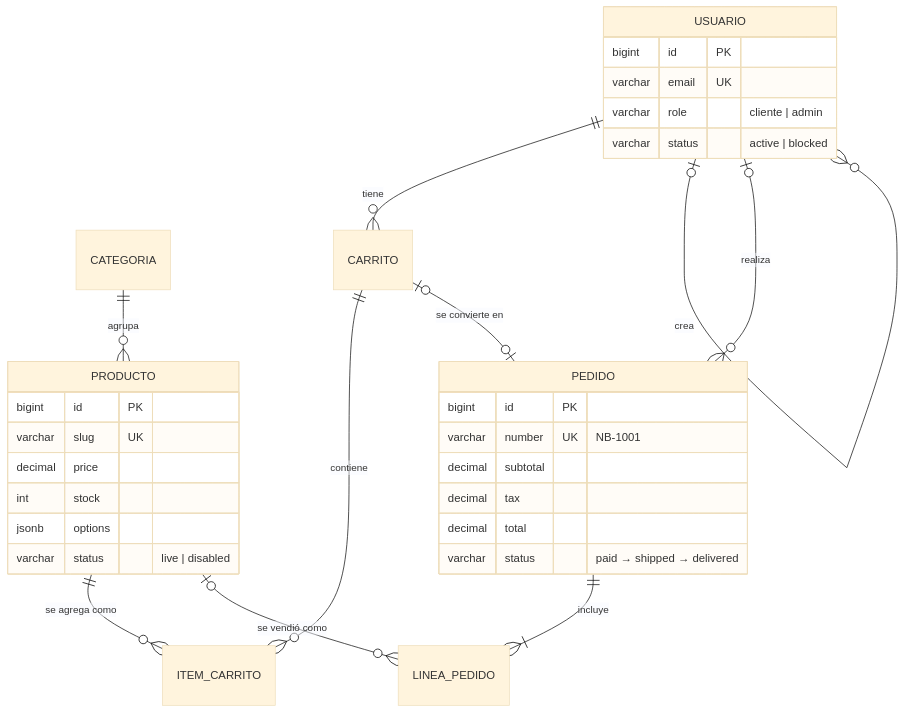
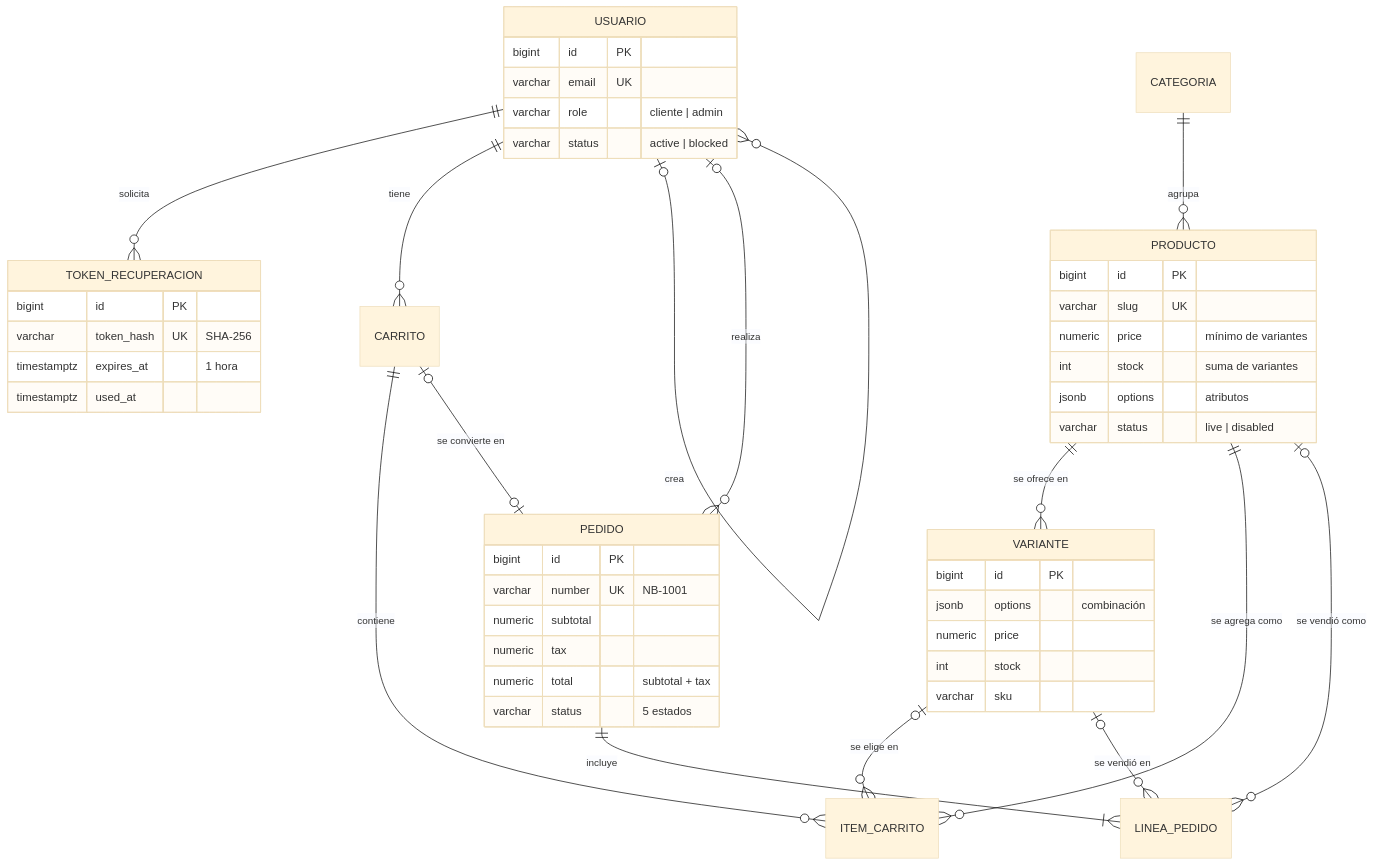
The fifth of 6 diagrams in README.md (Tomaxus/NebuBack), drawn with Mermaid (base theme) before and after one commit. The commit also changed other lines of this file, not shown here.

````diff
--- a/README.md
+++ b/README.md
@@ -282,35 +434,52 @@
 ```mermaid
 erDiagram
     CATEGORIA ||--o{ PRODUCTO : agrupa
+    PRODUCTO ||--o{ VARIANTE : "se ofrece en"
+    USUARIO ||--o{ TOKEN_RECUPERACION : solicita
     USUARIO ||--o{ CARRITO : tiene
     USUARIO |o--o{ USUARIO : crea
     CARRITO ||--o{ ITEM_CARRITO : contiene
     PRODUCTO ||--o{ ITEM_CARRITO : "se agrega como"
+    VARIANTE |o--o{ ITEM_CARRITO : "se elige en"
     CARRITO |o--o| PEDIDO : "se convierte en"
     USUARIO |o--o{ PEDIDO : realiza
     PEDIDO ||--|{ LINEA_PEDIDO : incluye
     PRODUCTO |o--o{ LINEA_PEDIDO : "se vendió como"
+    VARIANTE |o--o{ LINEA_PEDIDO : "se vendió en"
 
     USUARIO {
         bigint id PK
         varchar email UK
         varchar role "cliente | admin"
         varchar status "active | blocked"
     }
+    TOKEN_RECUPERACION {
+        bigint id PK
+        varchar token_hash UK "SHA-256"
+        timestamptz expires_at "1 hora"
+        timestamptz used_at
+    }
     PRODUCTO {
         bigint id PK
         varchar slug UK
-        decimal price
+        numeric price "mínimo de variantes"
+        int stock "suma de variantes"
+        jsonb options "atributos"
+        varchar status "live | disabled"
+    }
+    VARIANTE {
+        bigint id PK
+        jsonb options "combinación"
+        numeric price
         int stock
-        jsonb options
-        varchar status "live | disabled"
+        varchar sku
     }
     PEDIDO {
         bigint id PK
         varchar number UK "NB-1001"
-        decimal subtotal
-        decimal tax
-        decimal total
-        varchar status "paid → shipped → delivered"
+        numeric subtotal
+        numeric tax
+        numeric total "subtotal + tax"
+        varchar status "5 estados"
     }
 ```
````
